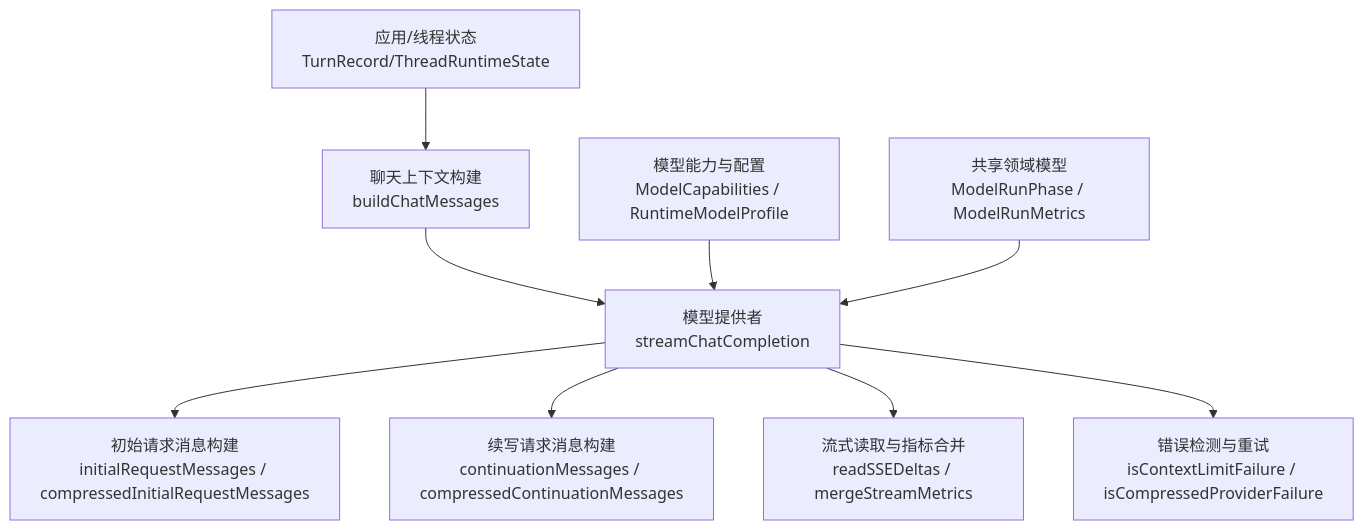
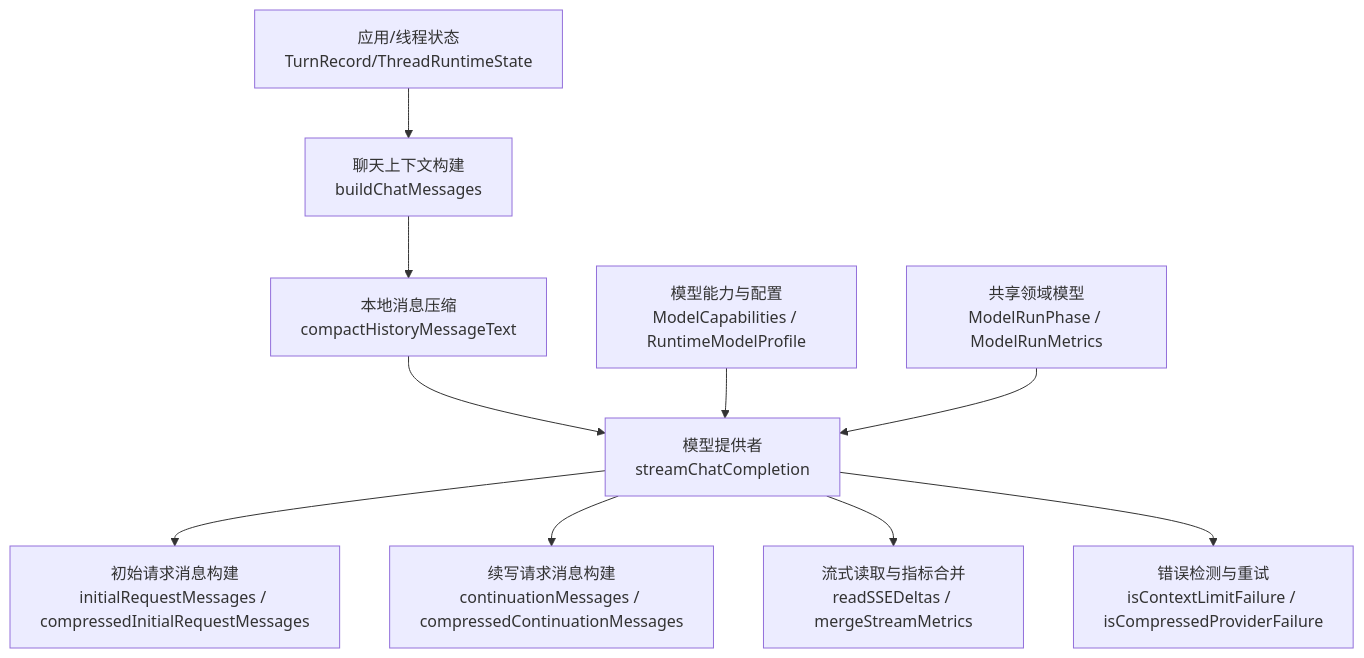
One commit to dyx-9163/ai-aifar changed the first of 8 diagrams in .qoder/repowiki/zh/content/项目概述/核心特性/多模型支持/上下文压缩.md. Above: the diagram before and after it, drawn with Mermaid. The commit also changed other lines of this file and 37 other files, not shown here.

````diff
--- a/.qoder/repowiki/zh/content/项目概述/核心特性/多模型支持/上下文压缩.md
+++ b/.qoder/repowiki/zh/content/项目概述/核心特性/多模型支持/上下文压缩.md
@@ -36,11 +49,12 @@
 ```mermaid
 graph TB
 A["应用/线程状态<br/>TurnRecord/ThreadRuntimeState"] --> B["聊天上下文构建<br/>buildChatMessages"]
-B --> C["模型提供者<br/>streamChatCompletion"]
-C --> D["初始请求消息构建<br/>initialRequestMessages / compressedInitialRequestMessages"]
-C --> E["续写请求消息构建<br/>continuationMessages / compressedContinuationMessages"]
-C --> F["流式读取与指标合并<br/>readSSEDeltas / mergeStreamMetrics"]
-C --> G["错误检测与重试<br/>isContextLimitFailure / isCompressedProviderFailure"]
-H["模型能力与配置<br/>ModelCapabilities / RuntimeModelProfile"] --> C
-I["共享领域模型<br/>ModelRunPhase / ModelRunMetrics"] --> C
+B --> C["本地消息压缩<br/>compactHistoryMessageText"]
+C --> D["模型提供者<br/>streamChatCompletion"]
+D --> E["初始请求消息构建<br/>initialRequestMessages / compressedInitialRequestMessages"]
+D --> F["续写请求消息构建<br/>continuationMessages / compressedContinuationMessages"]
+D --> G["流式读取与指标合并<br/>readSSEDeltas / mergeStreamMetrics"]
+D --> H["错误检测与重试<br/>isContextLimitFailure / isCompressedProviderFailure"]
+I["模型能力与配置<br/>ModelCapabilities / RuntimeModelProfile"] --> D
+J["共享领域模型<br/>ModelRunPhase / ModelRunMetrics"] --> D
 ```
````
